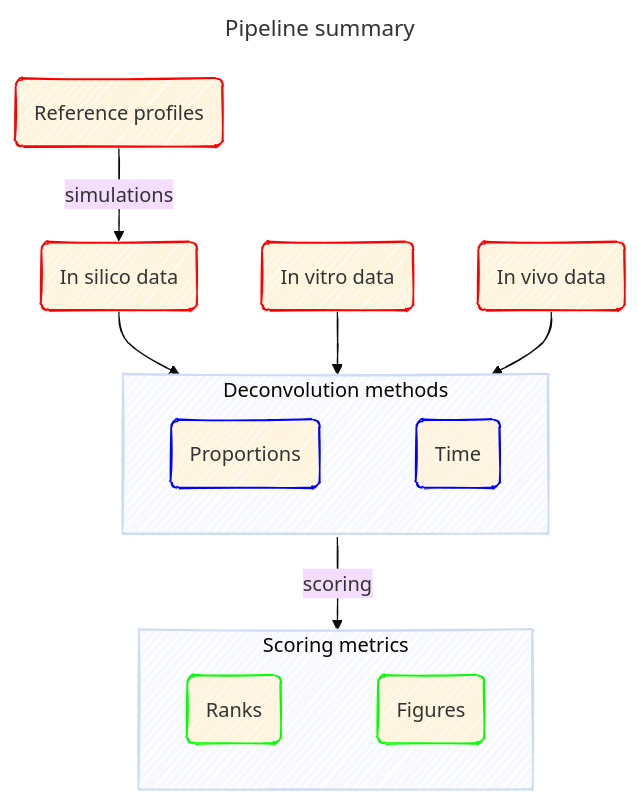
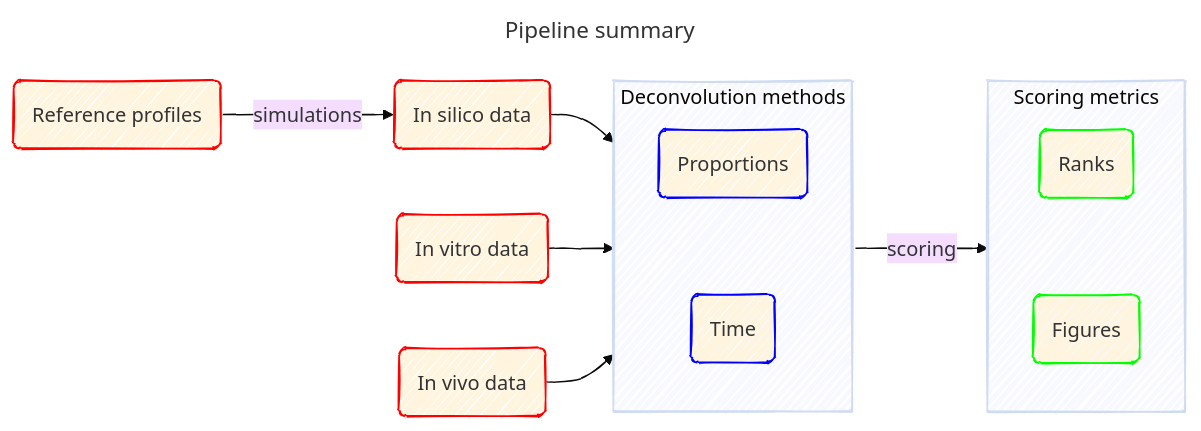
One commit to bcm-uga/DeconvBenchmark changed the diagram in README.md. Above: the diagram before and after it, drawn with Mermaid (base theme).

````diff
--- a/README.md
+++ b/README.md
@@ -6,24 +6,24 @@
 ```mermaid
 ---
 title: Pipeline summary
 config:
   look: handDrawn
 ---
-flowchart TD
+flowchart LR
     a1("Reference profiles"):::red --"simulations"--> b1("In silico data"):::red
     subgraph Deconvolution["Deconvolution methods"]
-       direction LR
+       direction TD
        c1("Proportions"):::blue ~~~ c2("Time"):::blue
     end
     b1 --> Deconvolution
     b2("In vitro data"):::red --> Deconvolution
     b3("In vivo data"):::red --> Deconvolution
     subgraph Scoring["Scoring metrics"]
-       direction LR
+       direction TD
        d1("Ranks"):::green ~~~ d2("Figures"):::green
     end
     Deconvolution --"scoring"--> Scoring
     classDef red stroke:#f00
     classDef blue stroke:#00f
     classDef green stroke:#0f0
 ```
````
